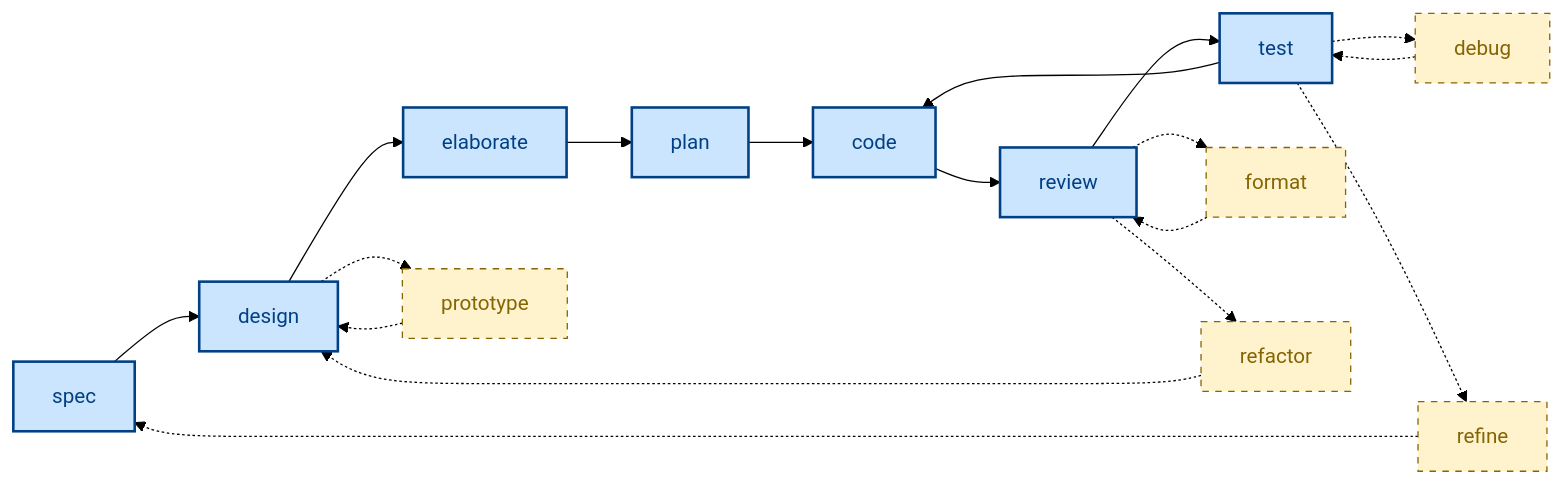
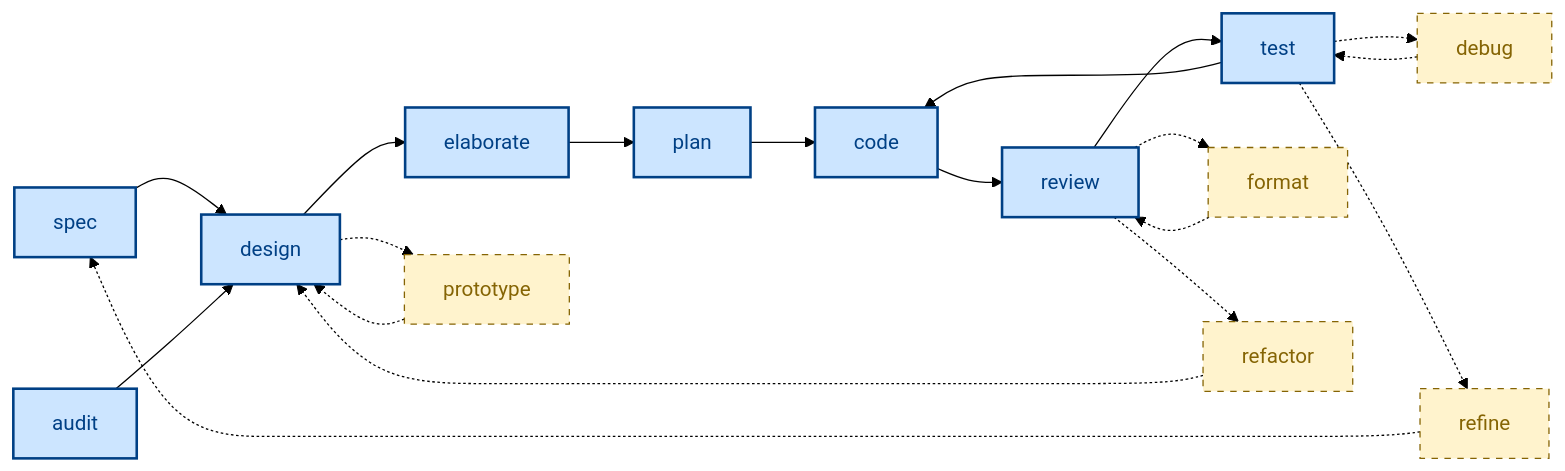
The first of 2 diagrams in README.md (kieranpotts/skills), drawn with Mermaid (forest theme) before and after one commit. The commit also changed other lines of this file and 2 other files, not shown here.

Commit message:
feature: audit skill - draft

````diff
--- a/README.md
+++ b/README.md
@@ -29,29 +29,31 @@
 ```mermaid
 flowchart LR
   %% Main workflow sequence.
   spec:::main --> design
+  audit:::main --> design
   design:::main --> elaborate
   elaborate:::main --> plan
   plan:::main --> code
   code:::main --> review
   review:::main --> test
   test:::main --> code
 
   %% Small iterative cycles.
   design -.-> prototype:::secondary
   prototype -.-> design
   review -.-> format:::secondary
   format -.-> review
   test -.-> debug:::secondary
   debug -.-> test
 
   %% Big feedback loops.
   review -.-> refactor:::secondary
   refactor -.-> design
+
   test -.-> refine:::secondary
   refine -.-> spec
 
   %% Class definitions.
   classDef main fill:#cce5ff,stroke:#004085,color:#004085,stroke-width:2px
   classDef secondary fill:#fff3cd,stroke:#856404,color:#856404,stroke-width:1px,stroke-dasharray:5 5
 ```
````
